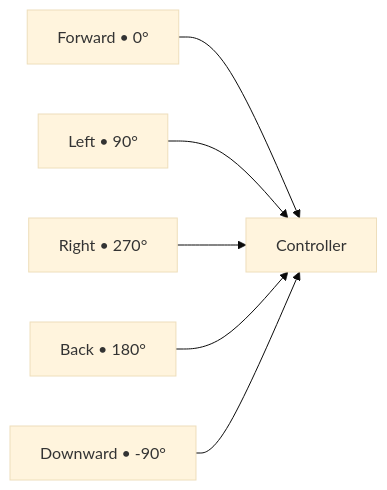
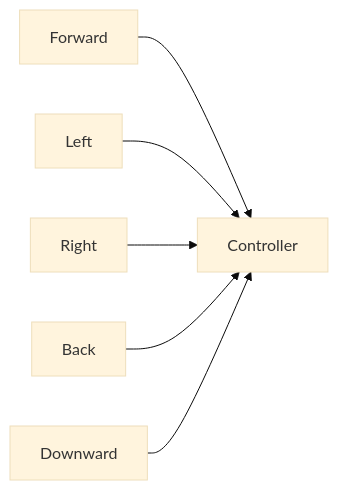
Before and after one commit to Adem-Aoun/ROSonicCam: the first of 2 diagrams in README.md, drawn with Mermaid (base theme). The commit also changed other lines of this file, not shown here.

````diff
--- a/README.md
+++ b/README.md
@@ -29,8 +29,8 @@
 ```mermaid
 graph LR
-    F[Forward • 0°] --> C[Controller]
-    L[Left • 90°] --> C
-    R[Right • 270°] --> C
-    B[Back • 180°] --> C
-    D[Downward • -90°] --> C
+    F[Forward ] --> C[Controller]
+    L[Left ] --> C
+    R[Right ] --> C
+    B[Back ] --> C
+    D[Downward ] --> C
 ```
````
